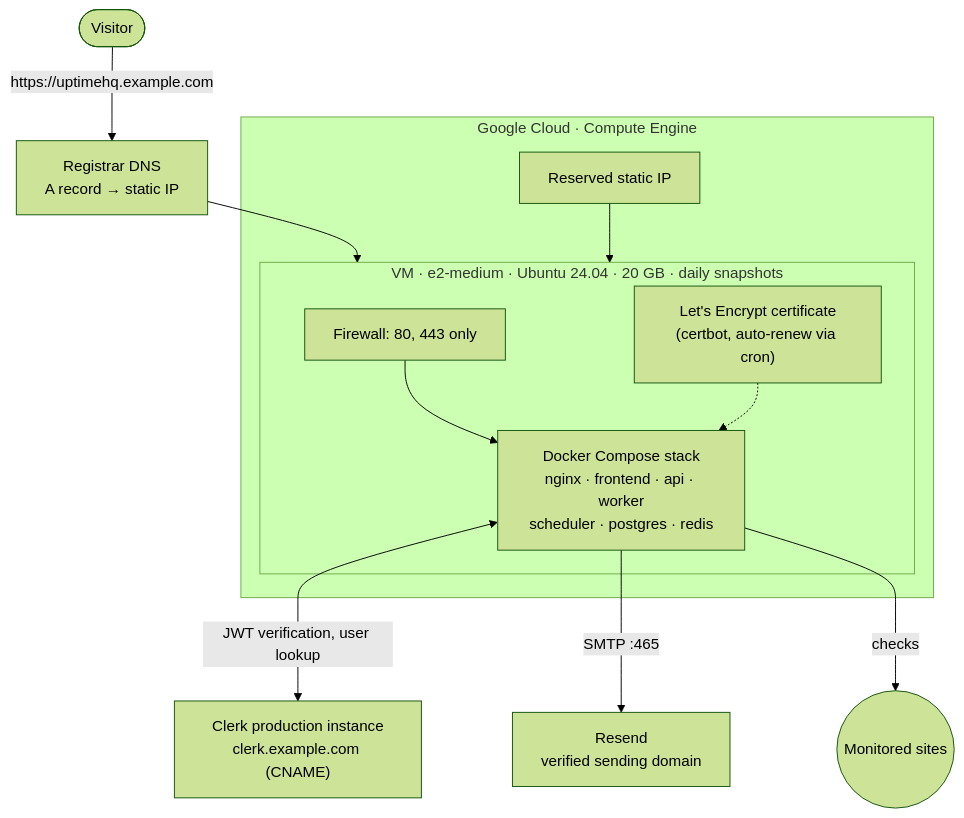
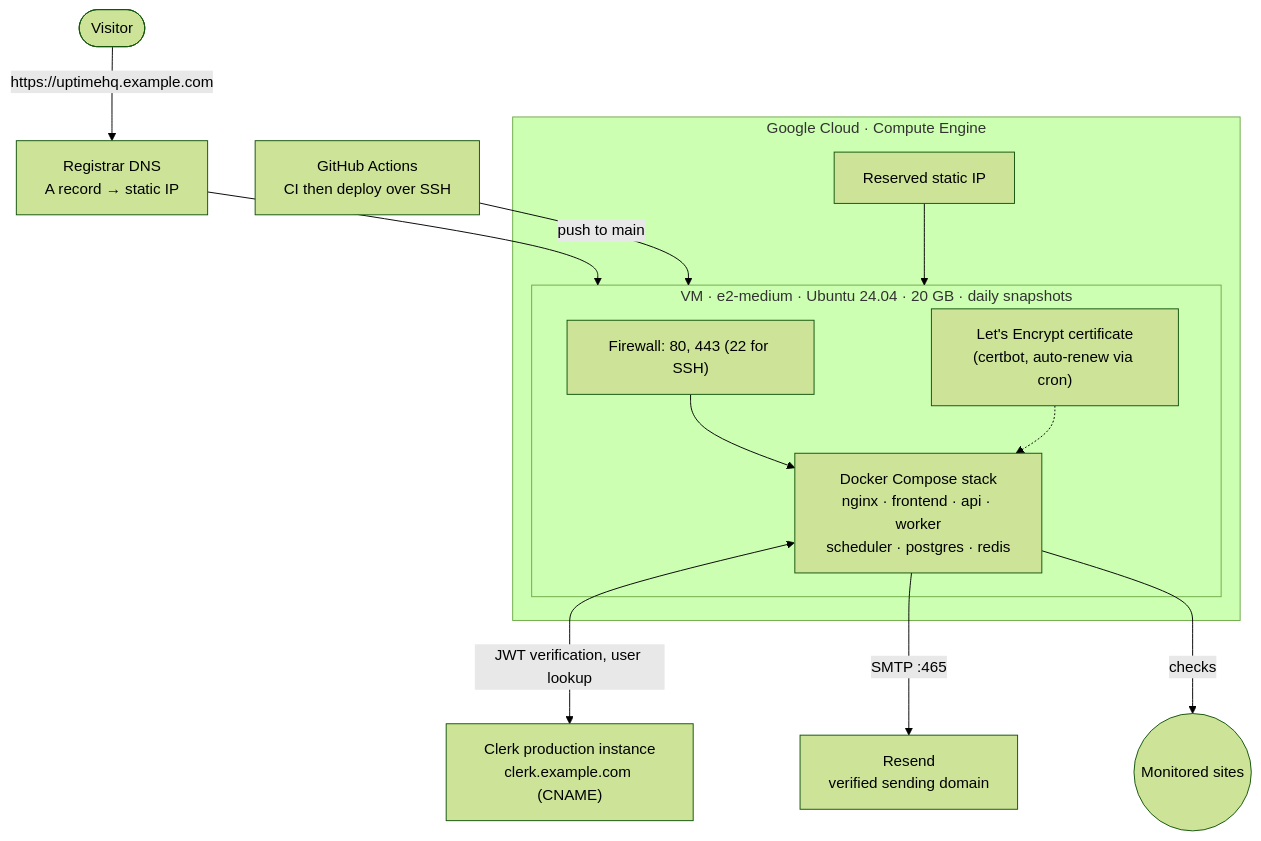
Diagram 11 of 11 in README.md (ashutosh-lodha/UptimeHQ), drawn with Mermaid (forest theme) before and after one commit. The commit also changed other lines of this file and 7 other files, not shown here.

````diff
--- a/README.md
+++ b/README.md
@@ -744,17 +751,19 @@
 ```mermaid
 flowchart TB
     visitor(["Visitor"]) -->|"https://uptimehq.example.com"| dns["Registrar DNS<br/>A record → static IP"]
     dns --> vm
 
+    gh["GitHub Actions<br/>CI then deploy over SSH"] -->|"push to main"| vm
+
     subgraph gcp["Google Cloud · Compute Engine"]
         ip["Reserved static IP"] --> vm
         subgraph vm["VM · e2-medium · Ubuntu 24.04 · 20 GB · daily snapshots"]
-            fw["Firewall: 80, 443 only"] --> compose["Docker Compose stack<br/>nginx · frontend · api · worker<br/>scheduler · postgres · redis"]
+            fw["Firewall: 80, 443 (22 for SSH)"] --> compose["Docker Compose stack<br/>nginx · frontend · api · worker<br/>scheduler · postgres · redis"]
             le["Let's Encrypt certificate<br/>(certbot, auto-renew via cron)"] -.-> compose
         end
     end
 
     compose <-->|"JWT verification, user lookup"| clerk["Clerk production instance<br/>clerk.example.com (CNAME)"]
     compose -->|"SMTP :465"| resend["Resend<br/>verified sending domain"]
     compose -->|checks| internet(("Monitored sites"))
 ```
````
